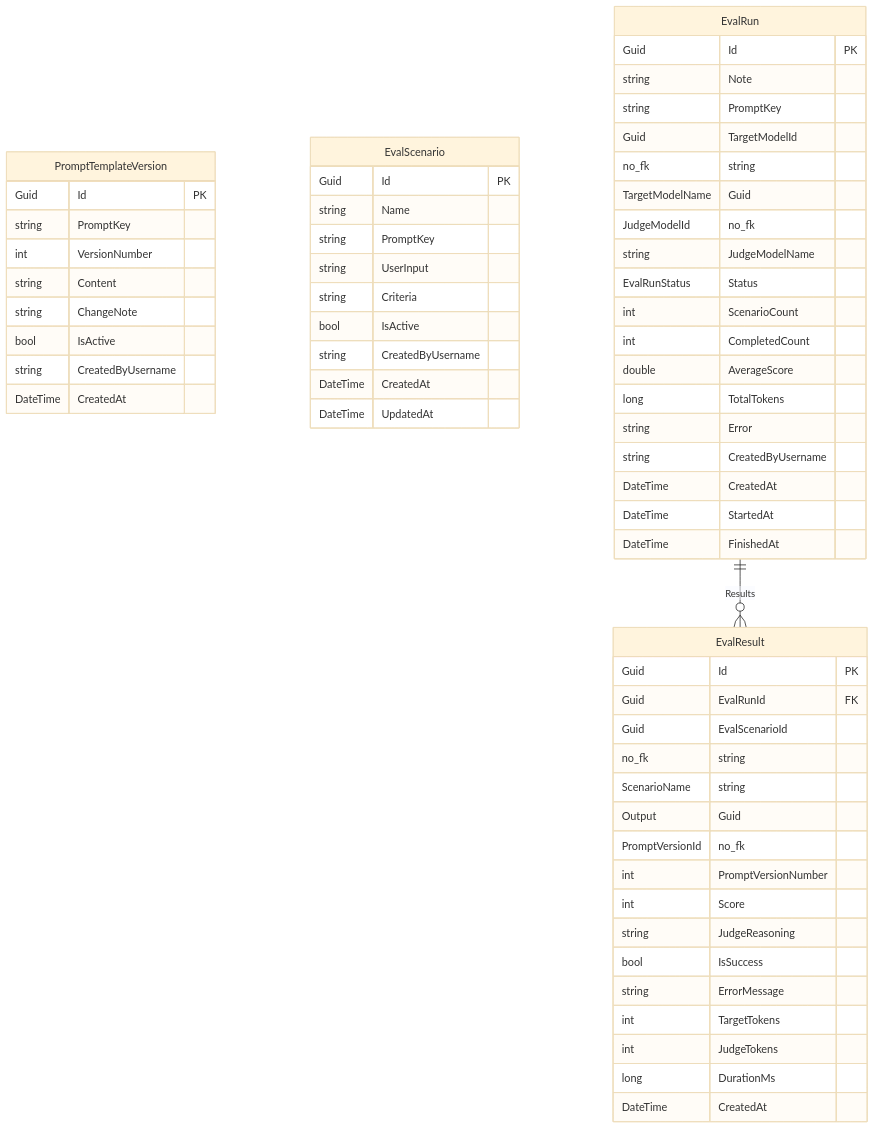
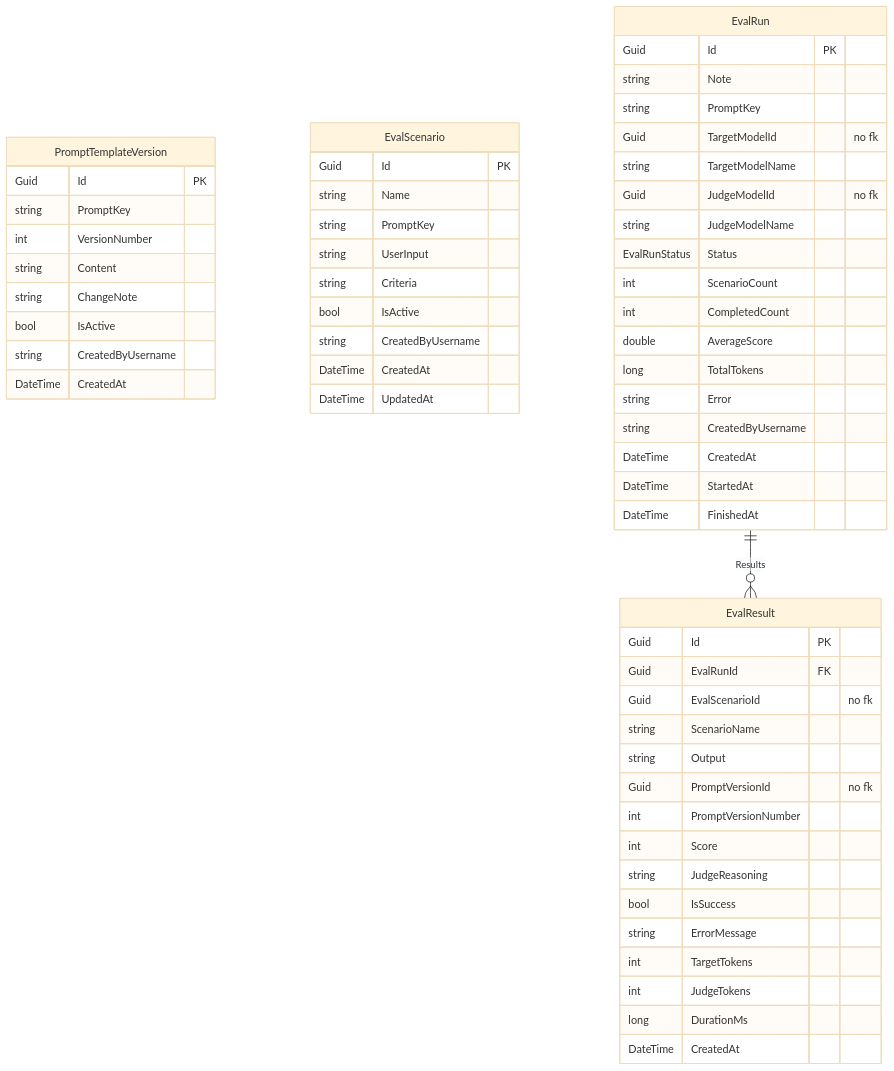
Before and after one commit to Songlong0506/ICOGenerator-v4: the ninth of 10 diagrams in docs/DatabaseDesign.md, drawn with Mermaid (base theme). The commit also changed other lines of this file, not shown here.

First line of the commit message:
Fix invalid Mermaid erDiagram syntax in DatabaseDesign.md

````diff
--- a/docs/DatabaseDesign.md
+++ b/docs/DatabaseDesign.md
@@ -382,65 +382,65 @@
 ```mermaid
 erDiagram
     PromptTemplateVersion {
         Guid Id PK
         string PromptKey
         int VersionNumber
         string Content
         string ChangeNote
         bool IsActive
         string CreatedByUsername
         DateTime CreatedAt
     }
 
     EvalScenario {
         Guid Id PK
         string Name
         string PromptKey
         string UserInput
         string Criteria
         bool IsActive
         string CreatedByUsername
         DateTime CreatedAt
         DateTime UpdatedAt
     }
 
     EvalRun {
         Guid Id PK
         string Note
         string PromptKey
-        Guid TargetModelId no_fk
+        Guid TargetModelId "no fk"
         string TargetModelName
-        Guid JudgeModelId no_fk
+        Guid JudgeModelId "no fk"
         string JudgeModelName
         EvalRunStatus Status
         int ScenarioCount
         int CompletedCount
         double AverageScore
         long TotalTokens
         string Error
         string CreatedByUsername
         DateTime CreatedAt
         DateTime StartedAt
         DateTime FinishedAt
     }
 
     EvalResult {
         Guid Id PK
         Guid EvalRunId FK
-        Guid EvalScenarioId no_fk
+        Guid EvalScenarioId "no fk"
         string ScenarioName
         string Output
-        Guid PromptVersionId no_fk
+        Guid PromptVersionId "no fk"
         int PromptVersionNumber
         int Score
         string JudgeReasoning
         bool IsSuccess
         string ErrorMessage
         int TargetTokens
         int JudgeTokens
         long DurationMs
         DateTime CreatedAt
     }
 
     EvalRun ||--o{ EvalResult : Results
 ```
````
